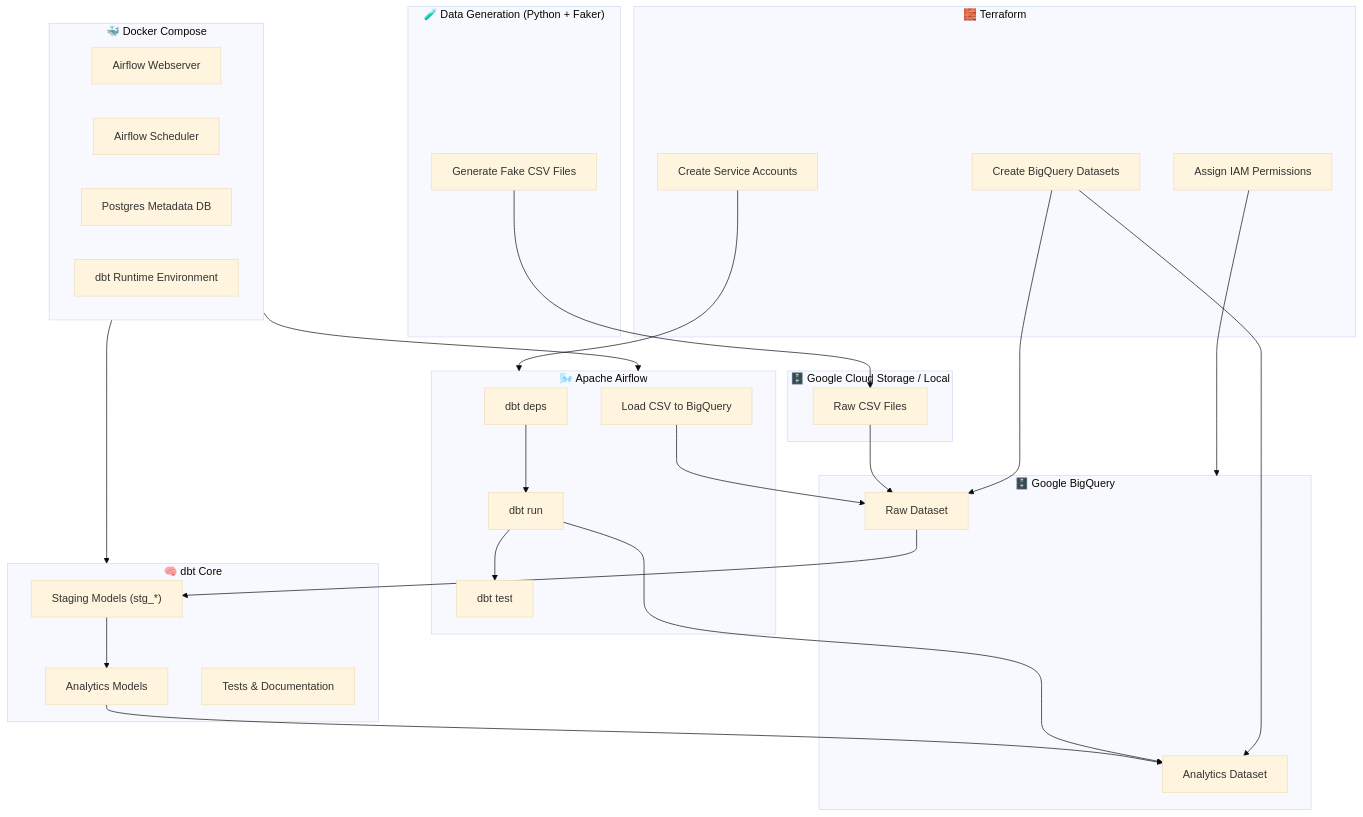
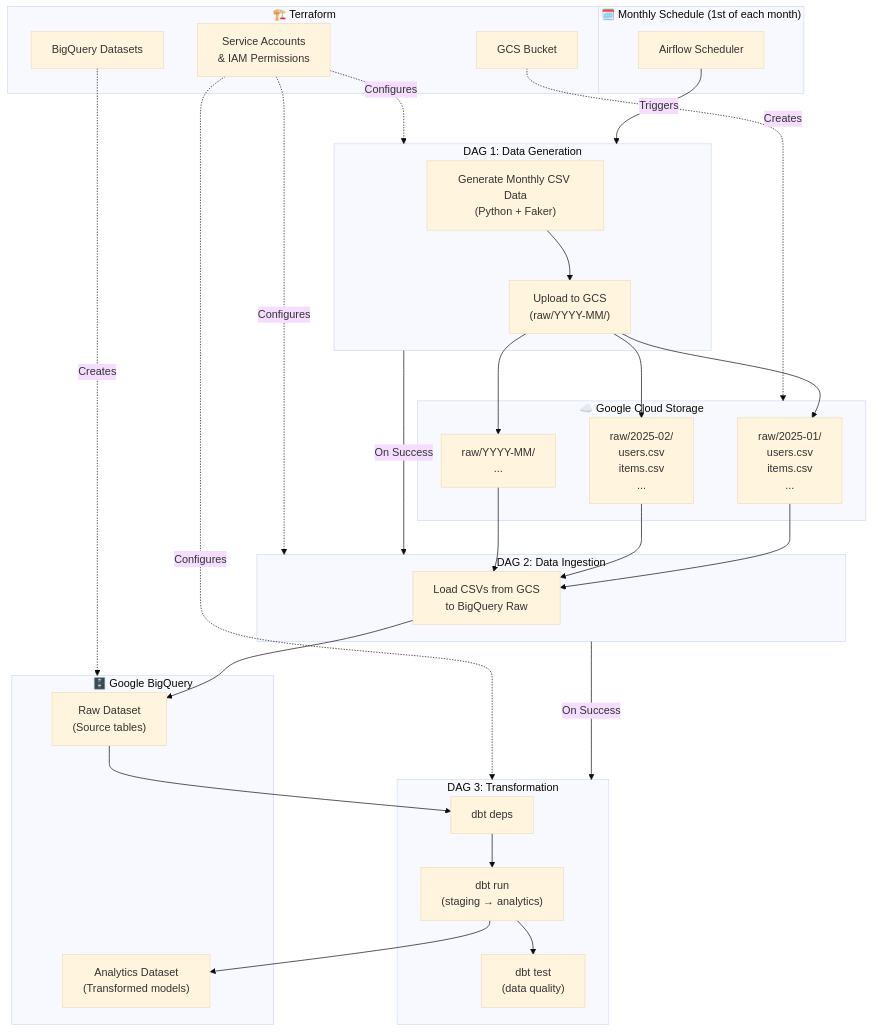
The first of 2 diagrams in README.md (BiancaNiemann/marketplace-analytics), drawn with Mermaid (base theme) before and after one commit. The commit also changed other lines of this file, not shown here.

````diff
--- a/README.md
+++ b/README.md
@@ -34,59 +50,56 @@
 ```mermaid
 flowchart TD
-    subgraph Data_Generation["🧪 Data Generation (Python + Faker)"]
-        A1["Generate Fake CSV Files"]
+    subgraph Monthly_Trigger["🗓️ Monthly Schedule (1st of each month)"]
+        TRIGGER["Airflow Scheduler"]
     end
 
-    subgraph Storage["🗄️ Google Cloud Storage / Local"]
-        B1["Raw CSV Files"]
+    subgraph DAG1["DAG 1: Data Generation"]
+        A1["Generate Monthly CSV Data<br/>(Python + Faker)"]
+        A2["Upload to GCS<br/>(raw/YYYY-MM/)"]
+    end
+
+    subgraph GCS["☁️ Google Cloud Storage"]
+        B1["raw/2025-01/<br/>users.csv<br/>items.csv<br/>..."]
+        B2["raw/2025-02/<br/>users.csv<br/>items.csv<br/>..."]
+        B3["raw/YYYY-MM/<br/>..."]
+    end
+
+    subgraph DAG2["DAG 2: Data Ingestion"]
+        C1["Load CSVs from GCS<br/>to BigQuery Raw"]
     end
 
     subgraph BigQuery["🗄️ Google BigQuery"]
-        C1["Raw Dataset"]
-        C2["Analytics Dataset"]
+        D1["Raw Dataset<br/>(Source tables)"]
+        D2["Analytics Dataset<br/>(Transformed models)"]
     end
 
-    subgraph dbt["🧠 dbt Core"]
-        D1["Staging Models (stg_*)"]
-        D2["Analytics Models"]
-        D3["Tests & Documentation"]
+    subgraph DAG3["DAG 3: Transformation"]
+        E1["dbt deps"]
+        E2["dbt run<br/>(staging → analytics)"]
+        E3["dbt test<br/>(data quality)"]
     end
 
-    subgraph Airflow["🌬️ Apache Airflow"]
-        E1["dbt deps"]
-        E2["dbt run"]
-        E3["dbt test"]
-        E4["Load CSV to BigQuery"]
+    subgraph Infrastructure["🏗️ Terraform"]
+        F1["GCS Bucket"]
+        F2["BigQuery Datasets"]
+        F3["Service Accounts<br/>& IAM Permissions"]
     end
 
-    subgraph Terraform["🧱 Terraform"]
-        F1["Create BigQuery Datasets"]
-        F2["Create Service Accounts"]
-        F3["Assign IAM Permissions"]
-    end
+    TRIGGER -->|Triggers| DAG1
+    A1 --> A2
+    A2 --> B1 & B2 & B3
+    
+    DAG1 -->|On Success| DAG2
+    B1 & B2 & B3 --> C1
+    C1 --> D1
+    
+    DAG2 -->|On Success| DAG3
+    D1 --> E1
+    E1 --> E2
+    E2 --> E3
+    E2 --> D2
 
-    subgraph Docker["🐳 Docker Compose"]
-        G1["Airflow Webserver"]
-        G2["Airflow Scheduler"]
-        G3["Postgres Metadata DB"]
-        G4["dbt Runtime Environment"]
-    end
-
-    A1 --> B1
-    B1 --> C1
-    C1 --> D1
-    D1 --> D2
-    D2 --> C2
-
-    E1 --> E2 --> E3
-    E4 --> C1
-    E2 --> C2
-
-    F1 --> C1
-    F1 --> C2
-    F2 --> Airflow
-    F3 --> BigQuery
-
-    Docker --> Airflow
-    Docker --> dbt
+    F1 -.->|Creates| GCS
+    F2 -.->|Creates| BigQuery
+    F3 -.->|Configures| DAG1 & DAG2 & DAG3
 ```
````
